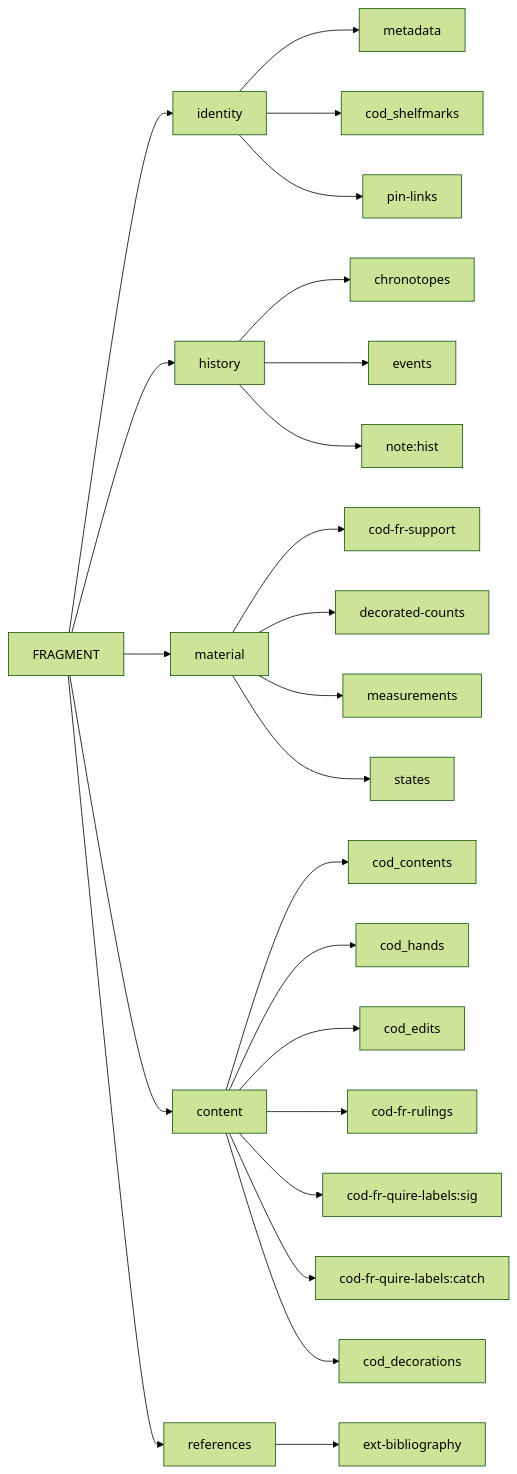
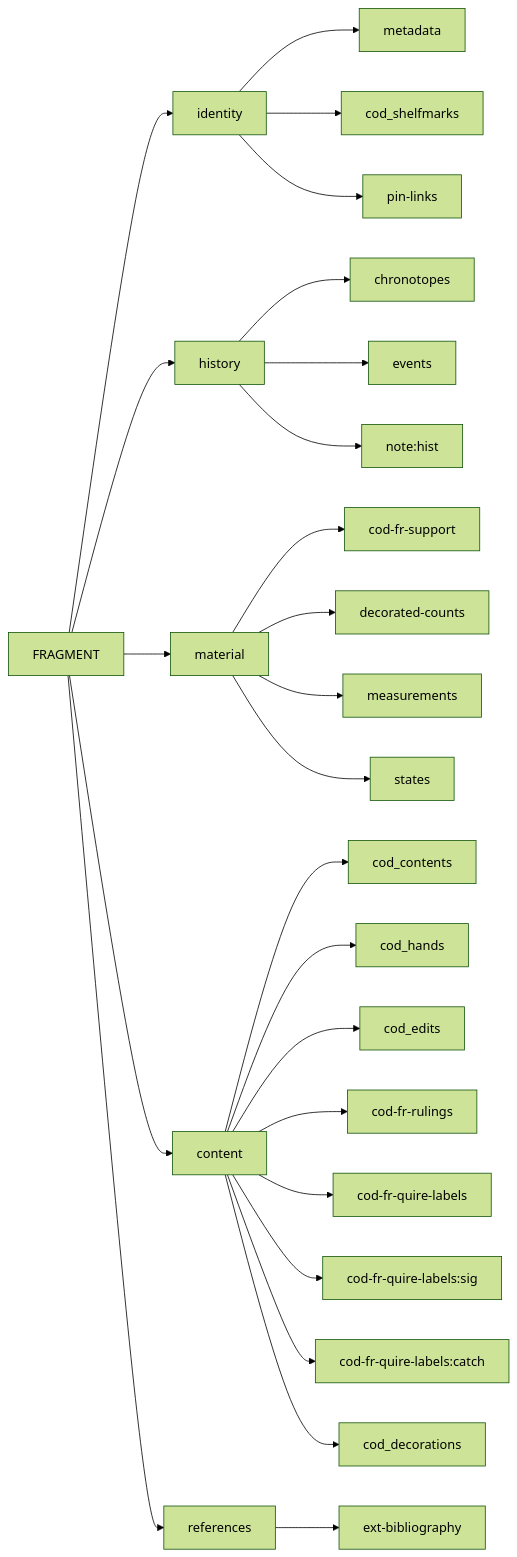
Before and after one commit to vedph/cadmus-ndp-frac: the diagram in README.md, drawn with Mermaid (forest theme).

````diff
--- a/README.md
+++ b/README.md
@@ -23,26 +23,27 @@
 ```mermaid
 graph LR;
 FRAGMENT --> identity
 identity --> metadata
 identity --> cod_shelfmarks
 identity --> pin-links
 FRAGMENT --> history
 history --> chronotopes
 history --> events
 history --> note:hist
 FRAGMENT --> material
 material --> cod-fr-support
 material --> decorated-counts
 material --> measurements
 material --> states
 FRAGMENT --> content
 content --> cod_contents
 content --> cod_hands
 content --> cod_edits
 content --> cod-fr-rulings
+content --> cod-fr-quire-labels
 content --> cod-fr-quire-labels:sig
 content --> cod-fr-quire-labels:catch
 content --> cod_decorations
 FRAGMENT --> references
 references --> ext-bibliography
 ```
````
